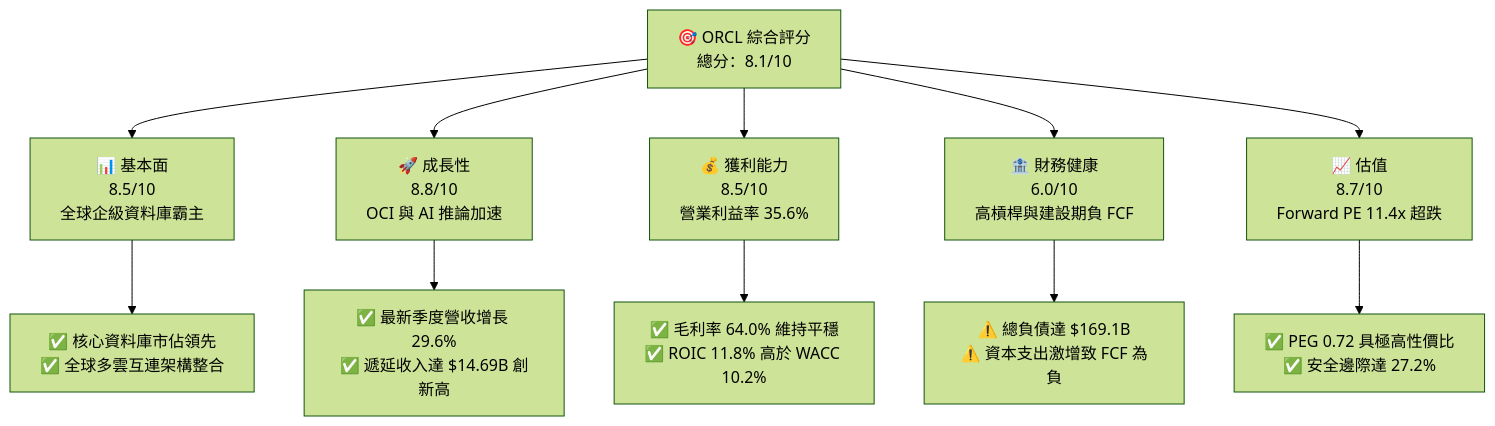
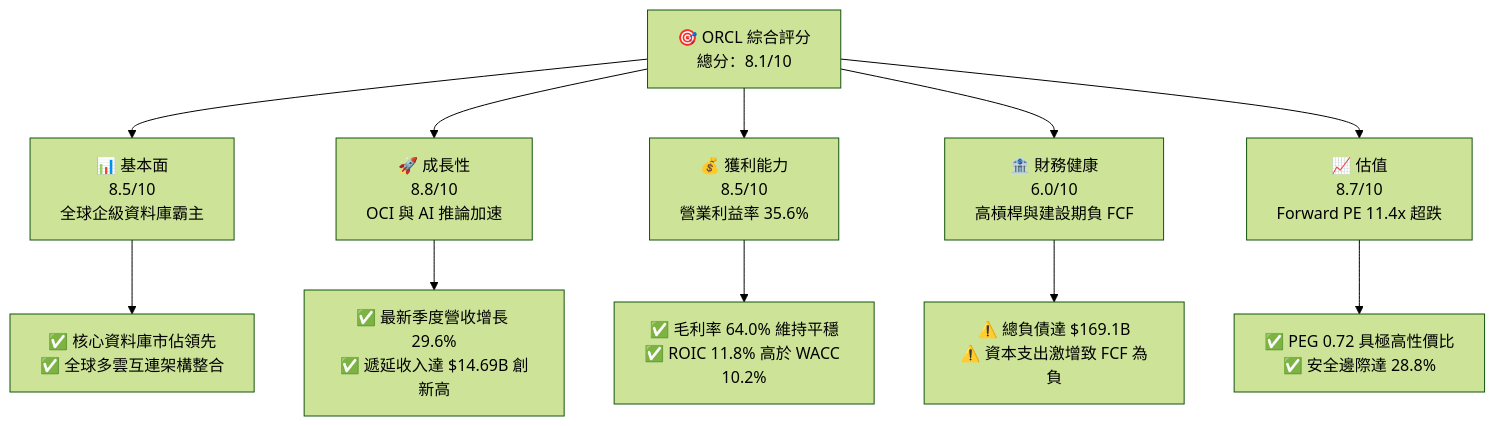
The first of 15 diagrams in ai_gen_report/fundamental/orcl/fundamental_analysis_2026-10-22_gemini.md (yennanliu/finance_data), drawn with Mermaid (forest theme) before and after one commit. The commit also changed other lines of this file and 339 other files, not shown here.

````diff
--- a/ai_gen_report/fundamental/orcl/fundamental_analysis_2026-10-22_gemini.md
+++ b/ai_gen_report/fundamental/orcl/fundamental_analysis_2026-10-22_gemini.md
@@ -58,22 +65,22 @@
 ```mermaid
 graph TD
     ORCL["🎯 ORCL 綜合評分<br/>總分：8.1/10"]
 
     F["📊 基本面<br/>8.5/10<br/>全球企級資料庫霸主"]
     G["🚀 成長性<br/>8.8/10<br/>OCI 與 AI 推論加速"]
     P["💰 獲利能力<br/>8.5/10<br/>營業利益率 35.6%"]
     B["🏦 財務健康<br/>6.0/10<br/>高槓桿與建設期負 FCF"]
     V["📈 估值<br/>8.7/10<br/>Forward PE 11.4x 超跌"]
 
     ORCL --> F
     ORCL --> G
     ORCL --> P
     ORCL --> B
     ORCL --> V
 
     F --> F1["✅ 核心資料庫市佔領先<br/>✅ 全球多雲互連架構整合"]
     G --> G1["✅ 最新季度營收增長 29.6%<br/>✅ 遞延收入達 $14.69B 創新高"]
     P --> P1["✅ 毛利率 64.0% 維持平穩<br/>✅ ROIC 11.8% 高於 WACC 10.2%"]
     B --> B1["⚠️ 總負債達 $169.1B<br/>⚠️ 資本支出激增致 FCF 為負"]
-    V --> V1["✅ PEG 0.72 具極高性價比<br/>✅ 安全邊際達 27.2%"]
+    V --> V1["✅ PEG 0.72 具極高性價比<br/>✅ 安全邊際達 28.8%"]
 ```
````
